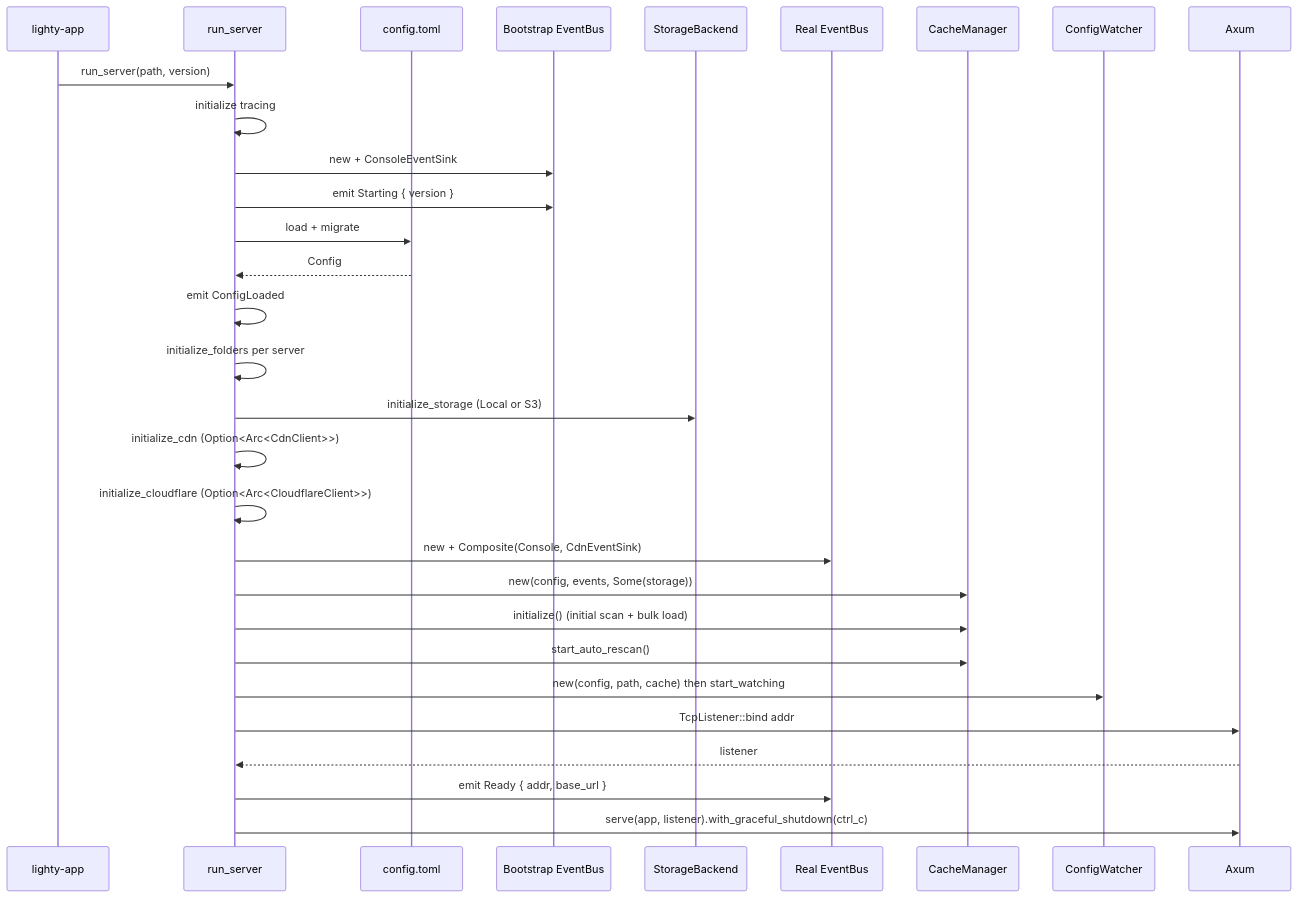
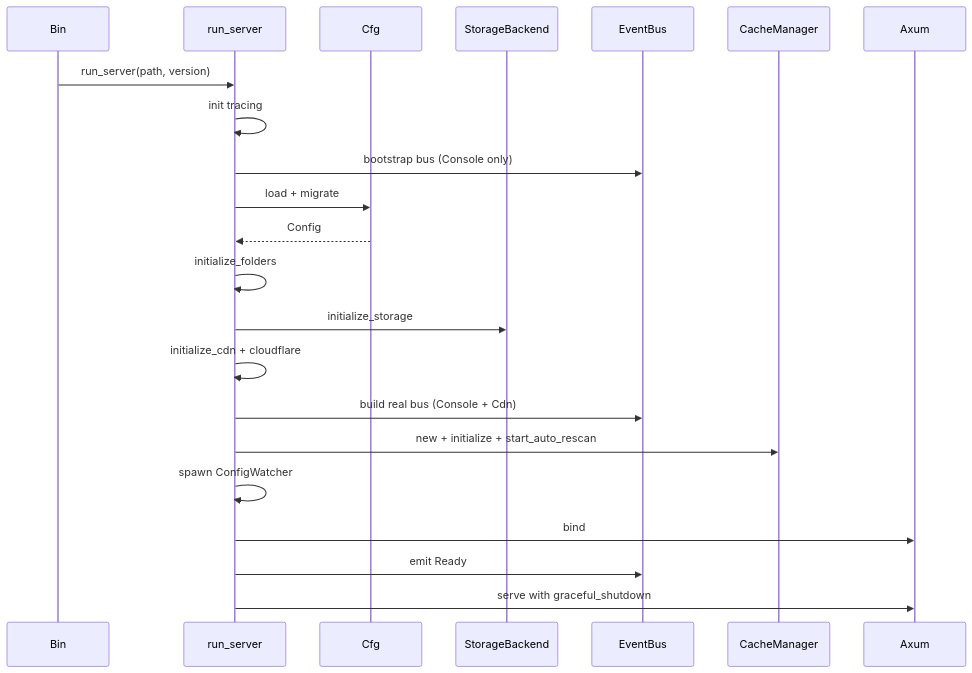
The first of 3 diagrams in crates/runtime/docs/flows.md (Lighty-Launcher/LightyUpdater), drawn with Mermaid before and after one commit. The commit also changed other lines of this file and 22 other files, not shown here.

First line of the commit message:
Simplify per-crate docs + harden mermaid for GitBook

````diff
--- a/crates/runtime/docs/flows.md
+++ b/crates/runtime/docs/flows.md
@@ -8,38 +5,25 @@
 ```mermaid
 sequenceDiagram
-    participant Bin as lighty-app
+    participant Bin
     participant Run as run_server
-    participant Cfg as config.toml
-    participant Bus1 as Bootstrap EventBus
+    participant Cfg
     participant Stg as StorageBackend
-    participant Bus2 as Real EventBus
+    participant Bus as EventBus
     participant Cache as CacheManager
-    participant Watch as ConfigWatcher
     participant Axum
 
     Bin->>Run: run_server(path, version)
-    Run->>Run: initialize tracing
-    Run->>Bus1: new + ConsoleEventSink
-    Run->>Bus1: emit Starting { version }
-
+    Run->>Run: init tracing
+    Run->>Bus: bootstrap bus (Console only)
     Run->>Cfg: load + migrate
     Cfg-->>Run: Config
-    Run->>Run: emit ConfigLoaded
-    Run->>Run: initialize_folders per server
-
-    Run->>Stg: initialize_storage (Local or S3)
-    Run->>Run: initialize_cdn (Option<Arc<CdnClient>>)
-    Run->>Run: initialize_cloudflare (Option<Arc<CloudflareClient>>)
-
-    Run->>Bus2: new + Composite(Console, CdnEventSink)
-
-    Run->>Cache: new(config, events, Some(storage))
-    Run->>Cache: initialize() (initial scan + bulk load)
-    Run->>Cache: start_auto_rescan()
-
-    Run->>Watch: new(config, path, cache) then start_watching
-    Run->>Axum: TcpListener::bind addr
-    Axum-->>Run: listener
-    Run->>Bus2: emit Ready { addr, base_url }
-    Run->>Axum: serve(app, listener).with_graceful_shutdown(ctrl_c)
+    Run->>Run: initialize_folders
+    Run->>Stg: initialize_storage
+    Run->>Run: initialize_cdn + cloudflare
+    Run->>Bus: build real bus (Console + Cdn)
+    Run->>Cache: new + initialize + start_auto_rescan
+    Run->>Run: spawn ConfigWatcher
+    Run->>Axum: bind
+    Run->>Bus: emit Ready
+    Run->>Axum: serve with graceful_shutdown
 ```
````
